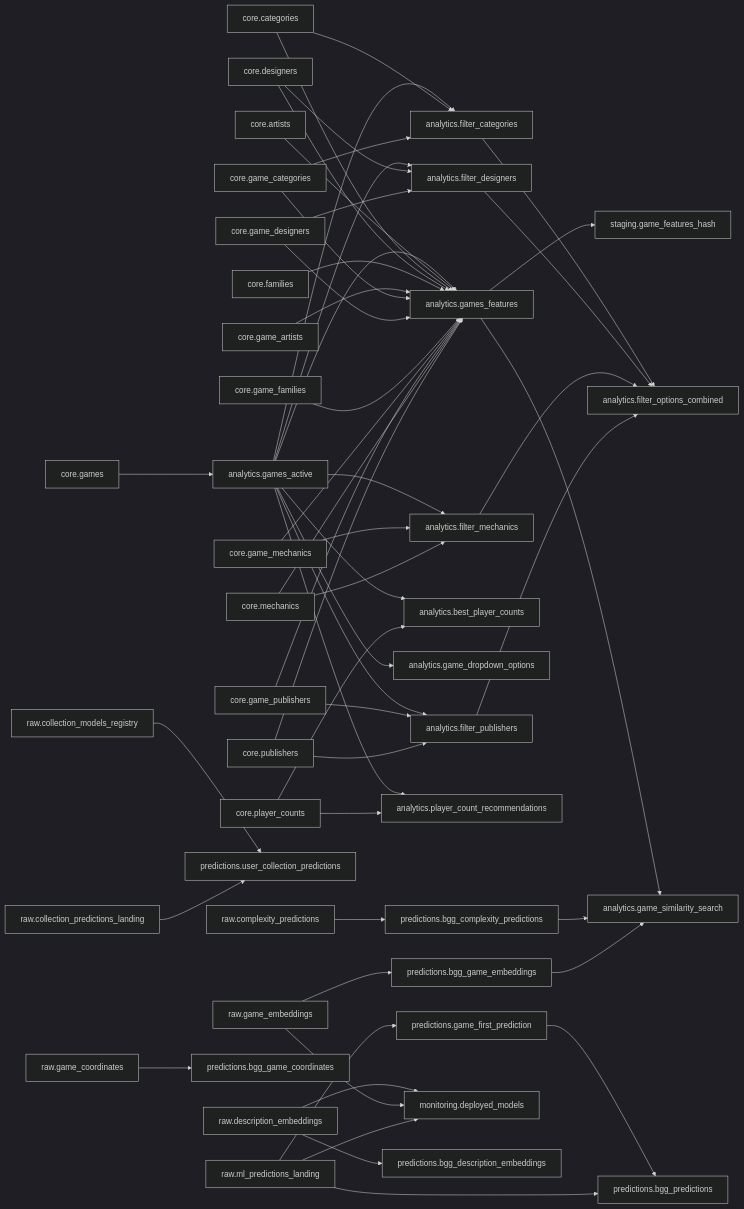
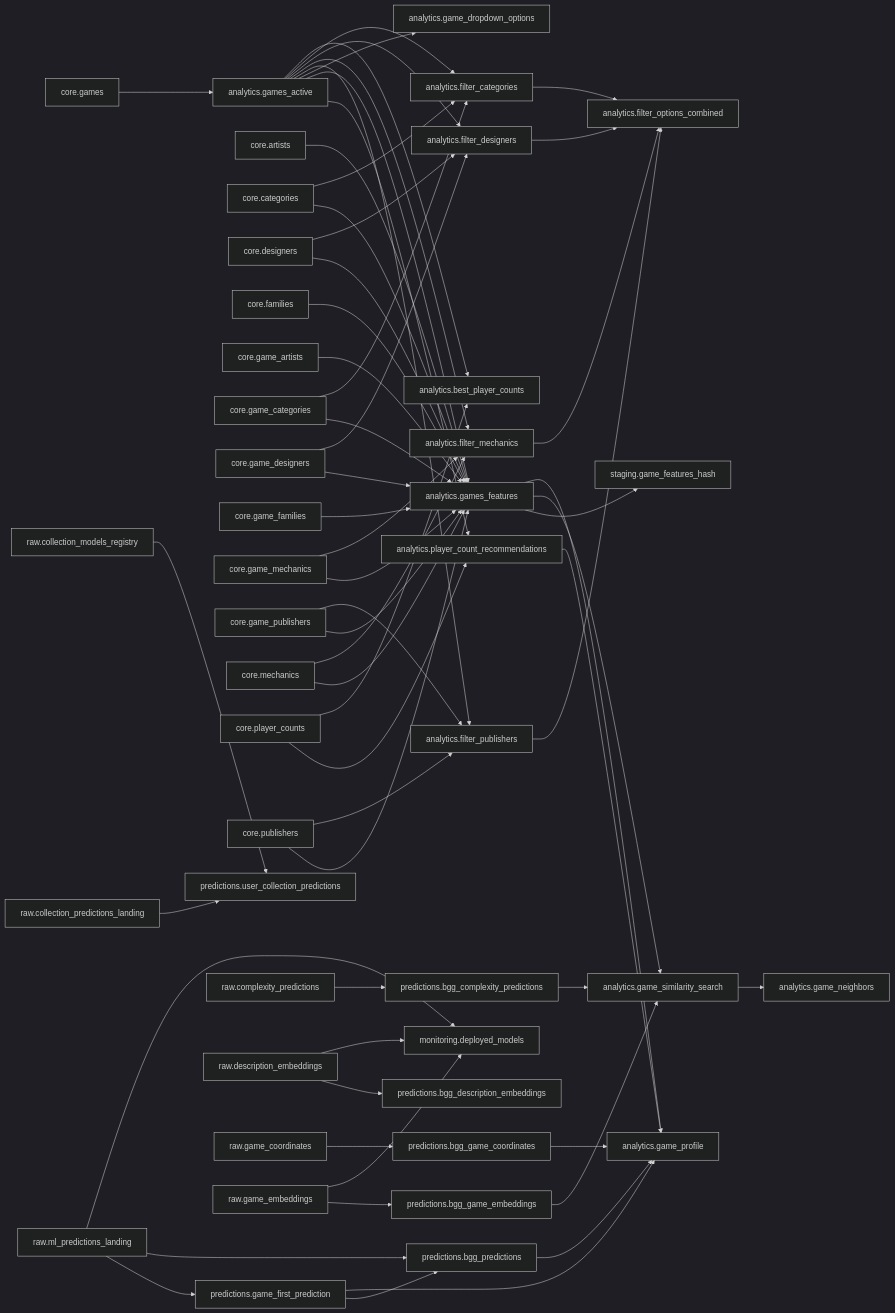
The diagram in docs/lineage.md (phenrickson/bgg-data-warehouse), drawn with Mermaid (dark theme) before and after one commit. The commit also changed 1 other file, not shown here.

Commit message:
Update Dataform lineage diagram [skip ci]

````diff
--- a/docs/lineage.md
+++ b/docs/lineage.md
@@ -3,54 +3,60 @@
 ```mermaid
 graph LR
     analytics__filter_categories["analytics.filter_categories"] --> analytics__filter_options_combined["analytics.filter_options_combined"]
     analytics__filter_designers["analytics.filter_designers"] --> analytics__filter_options_combined["analytics.filter_options_combined"]
     analytics__filter_mechanics["analytics.filter_mechanics"] --> analytics__filter_options_combined["analytics.filter_options_combined"]
     analytics__filter_publishers["analytics.filter_publishers"] --> analytics__filter_options_combined["analytics.filter_options_combined"]
+    analytics__game_similarity_search["analytics.game_similarity_search"] --> analytics__game_neighbors["analytics.game_neighbors"]
     analytics__games_active["analytics.games_active"] --> analytics__best_player_counts["analytics.best_player_counts"]
     analytics__games_active["analytics.games_active"] --> analytics__filter_categories["analytics.filter_categories"]
     analytics__games_active["analytics.games_active"] --> analytics__filter_designers["analytics.filter_designers"]
     analytics__games_active["analytics.games_active"] --> analytics__filter_mechanics["analytics.filter_mechanics"]
     analytics__games_active["analytics.games_active"] --> analytics__filter_publishers["analytics.filter_publishers"]
     analytics__games_active["analytics.games_active"] --> analytics__game_dropdown_options["analytics.game_dropdown_options"]
     analytics__games_active["analytics.games_active"] --> analytics__games_features["analytics.games_features"]
     analytics__games_active["analytics.games_active"] --> analytics__player_count_recommendations["analytics.player_count_recommendations"]
+    analytics__games_features["analytics.games_features"] --> analytics__game_profile["analytics.game_profile"]
     analytics__games_features["analytics.games_features"] --> analytics__game_similarity_search["analytics.game_similarity_search"]
     analytics__games_features["analytics.games_features"] --> staging__game_features_hash["staging.game_features_hash"]
+    analytics__player_count_recommendations["analytics.player_count_recommendations"] --> analytics__game_profile["analytics.game_profile"]
     core__artists["core.artists"] --> analytics__games_features["analytics.games_features"]
     core__categories["core.categories"] --> analytics__filter_categories["analytics.filter_categories"]
     core__categories["core.categories"] --> analytics__games_features["analytics.games_features"]
     core__designers["core.designers"] --> analytics__filter_designers["analytics.filter_designers"]
     core__designers["core.designers"] --> analytics__games_features["analytics.games_features"]
     core__families["core.families"] --> analytics__games_features["analytics.games_features"]
     core__game_artists["core.game_artists"] --> analytics__games_features["analytics.games_features"]
     core__game_categories["core.game_categories"] --> analytics__filter_categories["analytics.filter_categories"]
     core__game_categories["core.game_categories"] --> analytics__games_features["analytics.games_features"]
     core__game_designers["core.game_designers"] --> analytics__filter_designers["analytics.filter_designers"]
     core__game_designers["core.game_designers"] --> analytics__games_features["analytics.games_features"]
     core__game_families["core.game_families"] --> analytics__games_features["analytics.games_features"]
     core__game_mechanics["core.game_mechanics"] --> analytics__filter_mechanics["analytics.filter_mechanics"]
     core__game_mechanics["core.game_mechanics"] --> analytics__games_features["analytics.games_features"]
     core__game_publishers["core.game_publishers"] --> analytics__filter_publishers["analytics.filter_publishers"]
     core__game_publishers["core.game_publishers"] --> analytics__games_features["analytics.games_features"]
     core__games["core.games"] --> analytics__games_active["analytics.games_active"]
     core__mechanics["core.mechanics"] --> analytics__filter_mechanics["analytics.filter_mechanics"]
     core__mechanics["core.mechanics"] --> analytics__games_features["analytics.games_features"]
     core__player_counts["core.player_counts"] --> analytics__best_player_counts["analytics.best_player_counts"]
     core__player_counts["core.player_counts"] --> analytics__player_count_recommendations["analytics.player_count_recommendations"]
     core__publishers["core.publishers"] --> analytics__filter_publishers["analytics.filter_publishers"]
     core__publishers["core.publishers"] --> analytics__games_features["analytics.games_features"]
     predictions__bgg_complexity_predictions["predictions.bgg_complexity_predictions"] --> analytics__game_similarity_search["analytics.game_similarity_search"]
+    predictions__bgg_game_coordinates["predictions.bgg_game_coordinates"] --> analytics__game_profile["analytics.game_profile"]
     predictions__bgg_game_embeddings["predictions.bgg_game_embeddings"] --> analytics__game_similarity_search["analytics.game_similarity_search"]
+    predictions__bgg_predictions["predictions.bgg_predictions"] --> analytics__game_profile["analytics.game_profile"]
+    predictions__game_first_prediction["predictions.game_first_prediction"] --> analytics__game_profile["analytics.game_profile"]
     predictions__game_first_prediction["predictions.game_first_prediction"] --> predictions__bgg_predictions["predictions.bgg_predictions"]
     raw__collection_models_registry["raw.collection_models_registry"] --> predictions__user_collection_predictions["predictions.user_collection_predictions"]
     raw__collection_predictions_landing["raw.collection_predictions_landing"] --> predictions__user_collection_predictions["predictions.user_collection_predictions"]
     raw__complexity_predictions["raw.complexity_predictions"] --> predictions__bgg_complexity_predictions["predictions.bgg_complexity_predictions"]
     raw__description_embeddings["raw.description_embeddings"] --> monitoring__deployed_models["monitoring.deployed_models"]
     raw__description_embeddings["raw.description_embeddings"] --> predictions__bgg_description_embeddings["predictions.bgg_description_embeddings"]
     raw__game_coordinates["raw.game_coordinates"] --> predictions__bgg_game_coordinates["predictions.bgg_game_coordinates"]
     raw__game_embeddings["raw.game_embeddings"] --> monitoring__deployed_models["monitoring.deployed_models"]
     raw__game_embeddings["raw.game_embeddings"] --> predictions__bgg_game_embeddings["predictions.bgg_game_embeddings"]
     raw__ml_predictions_landing["raw.ml_predictions_landing"] --> monitoring__deployed_models["monitoring.deployed_models"]
     raw__ml_predictions_landing["raw.ml_predictions_landing"] --> predictions__bgg_predictions["predictions.bgg_predictions"]
     raw__ml_predictions_landing["raw.ml_predictions_landing"] --> predictions__game_first_prediction["predictions.game_first_prediction"]
 ```
````
